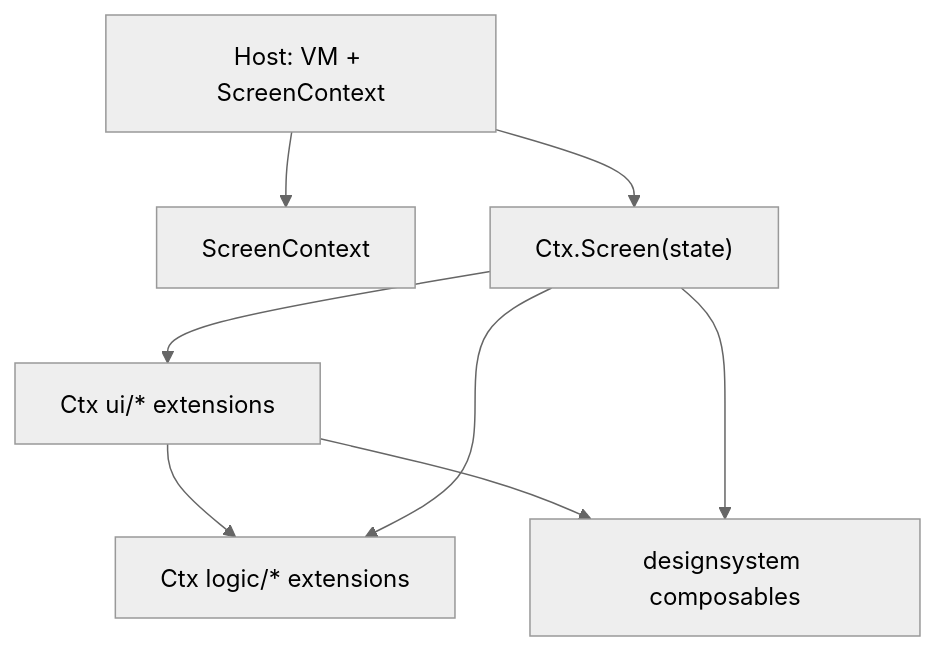
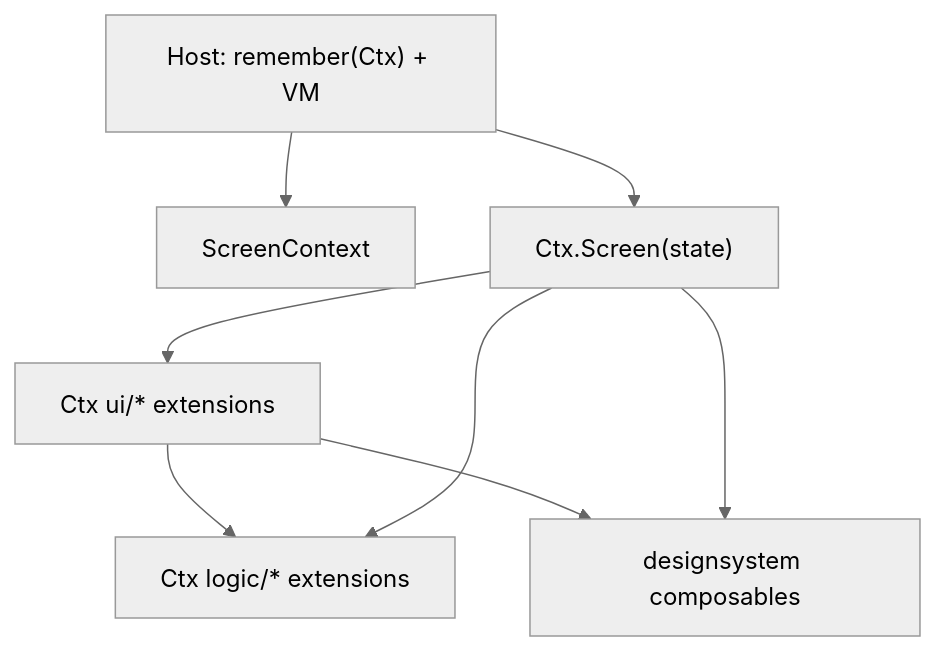
One commit to Al-Qassim/Android-Studio-Lite changed the diagram in docs/agents/screen-context.md. Above: the diagram before and after it, drawn with Mermaid (neutral theme). The commit also changed other lines of this file and 3 other files, not shown here.

First line of the commit message:
Require remembering ScreenContext in hosts.

````diff
--- a/docs/agents/screen-context.md
+++ b/docs/agents/screen-context.md
@@ -31,16 +31,16 @@
 ```mermaid
 flowchart TB
-  Host["Host: VM + ScreenContext"]
+  Host["Host: remember(Ctx) + VM"]
   Ctx["ScreenContext"]
   Screen["Ctx.Screen(state)"]
   UI["Ctx ui/* extensions"]
   Logic["Ctx logic/* extensions"]
   DS["designsystem composables"]
   Host --> Ctx
   Host --> Screen
   Screen --> UI
   UI --> Logic
   UI --> DS
   Screen --> Logic
   Screen --> DS
 ```
````
